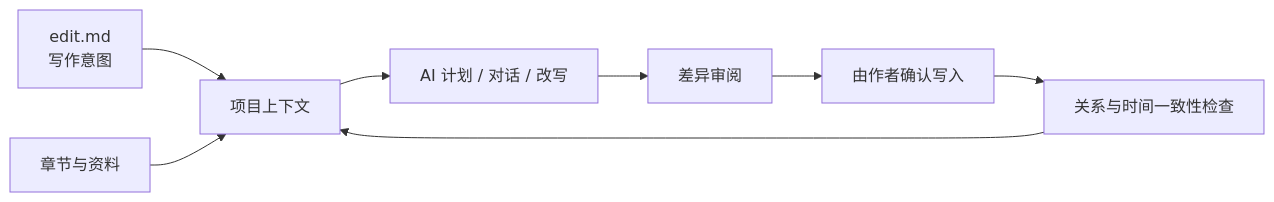
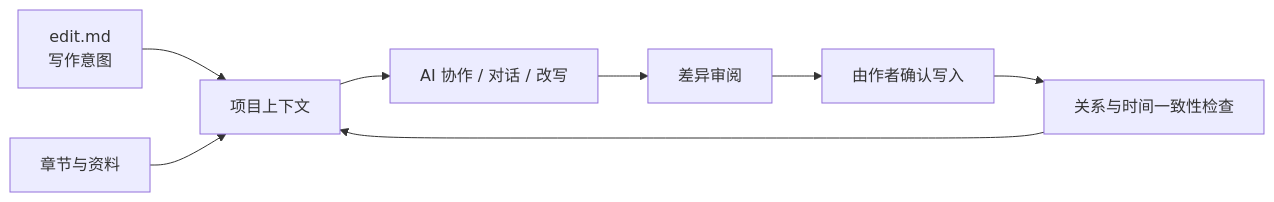
One commit to MaxHou-infinity/WritCraft changed the diagram in README.md. Above: the diagram before and after it, drawn with Mermaid. The commit also changed other lines of this file and 12 other files, not shown here.

````diff
--- a/README.md
+++ b/README.md
@@ -29,10 +29,10 @@
 ```mermaid
 flowchart LR
     A["edit.md<br/>写作意图"] --> B["项目上下文"]
     C["章节与资料"] --> B
-    B --> D["AI 计划 / 对话 / 改写"]
+    B --> D["AI 协作 / 对话 / 改写"]
     D --> E["差异审阅"]
     E --> F["由作者确认写入"]
     F --> G["关系与时间一致性检查"]
     G --> B
 ```
````
